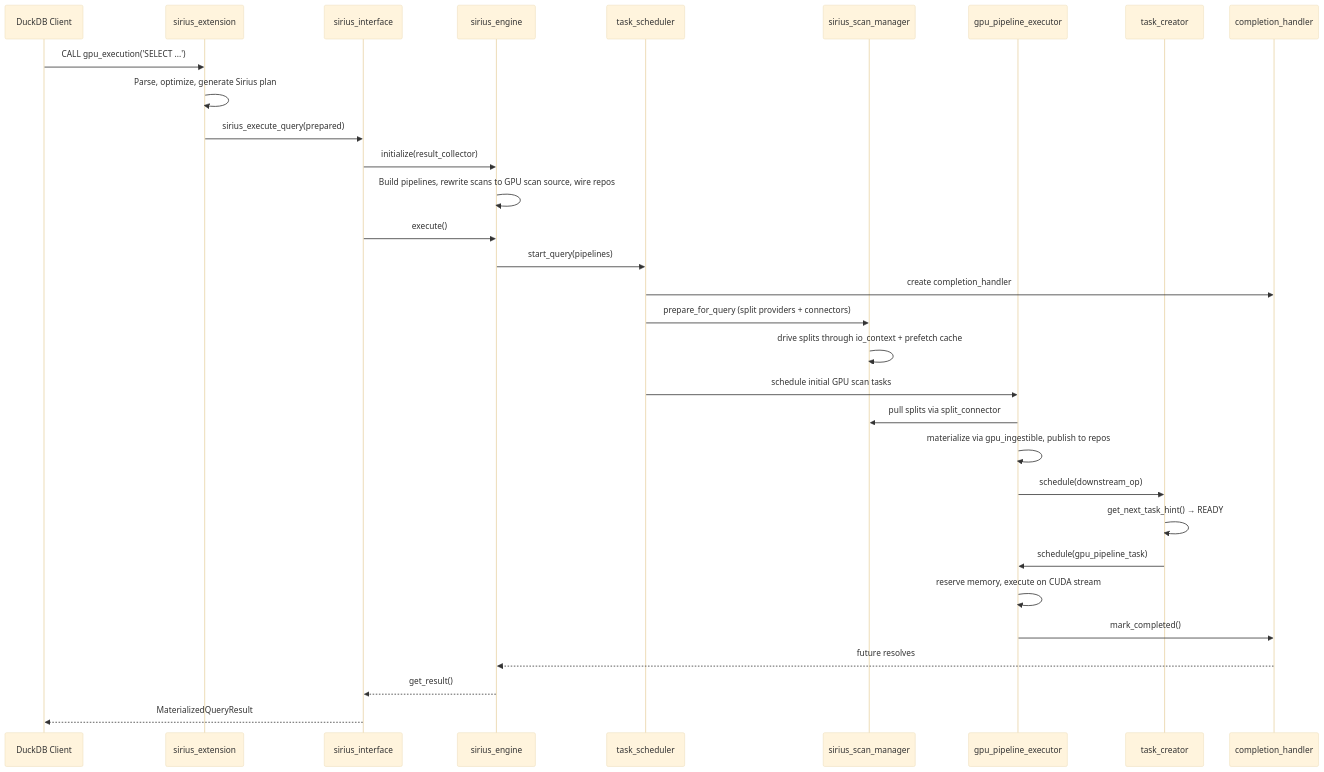
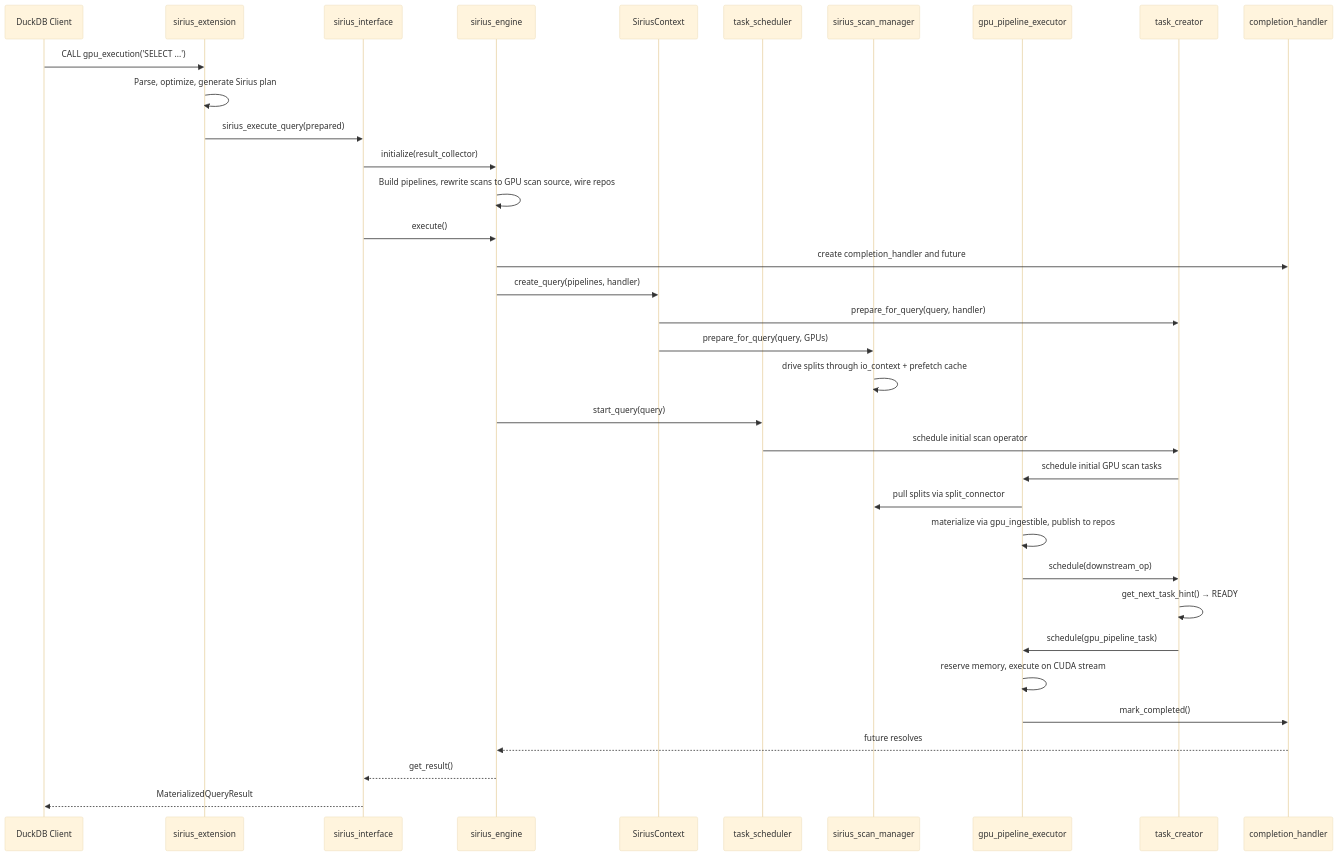
The diagram in docs/super-sirius/execution-flow.md (sirius-db/sirius), drawn with Mermaid (base theme) before and after one commit. The commit also changed other lines of this file and 5 other files, not shown here.

````diff
--- a/docs/super-sirius/execution-flow.md
+++ b/docs/super-sirius/execution-flow.md
@@ -199,34 +199,38 @@
 ```mermaid
 sequenceDiagram
     participant User as DuckDB Client
     participant Ext as sirius_extension
     participant Iface as sirius_interface
     participant Engine as sirius_engine
+    participant Context as SiriusContext
     participant PE as task_scheduler
     participant SM as sirius_scan_manager
     participant GPE as gpu_pipeline_executor
     participant TC as task_creator
     participant CH as completion_handler
 
     User->>Ext: CALL gpu_execution('SELECT ...')
     Ext->>Ext: Parse, optimize, generate Sirius plan
     Ext->>Iface: sirius_execute_query(prepared)
     Iface->>Engine: initialize(result_collector)
     Engine->>Engine: Build pipelines, rewrite scans to GPU scan source, wire repos
     Iface->>Engine: execute()
-    Engine->>PE: start_query(pipelines)
-    PE->>CH: create completion_handler
-    PE->>SM: prepare_for_query (split providers + connectors)
+    Engine->>CH: create completion_handler and future
+    Engine->>Context: create_query(pipelines, handler)
+    Context->>TC: prepare_for_query(query, handler)
+    Context->>SM: prepare_for_query(query, GPUs)
     SM->>SM: drive splits through io_context + prefetch cache
-    PE->>GPE: schedule initial GPU scan tasks
+    Engine->>PE: start_query(query)
+    PE->>TC: schedule initial scan operator
+    TC->>GPE: schedule initial GPU scan tasks
     GPE->>SM: pull splits via split_connector
     GPE->>GPE: materialize via gpu_ingestible, publish to repos
     GPE->>TC: schedule(downstream_op)
     TC->>TC: get_next_task_hint() → READY
     TC->>GPE: schedule(gpu_pipeline_task)
     GPE->>GPE: reserve memory, execute on CUDA stream
     GPE->>CH: mark_completed()
     CH-->>Engine: future resolves
     Engine-->>Iface: get_result()
     Iface-->>User: MaterializedQueryResult
 ```
````
